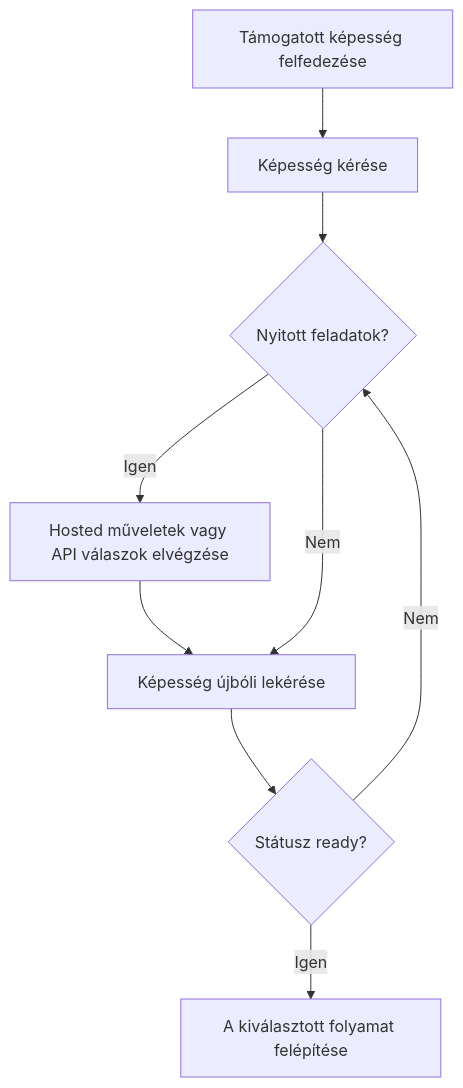
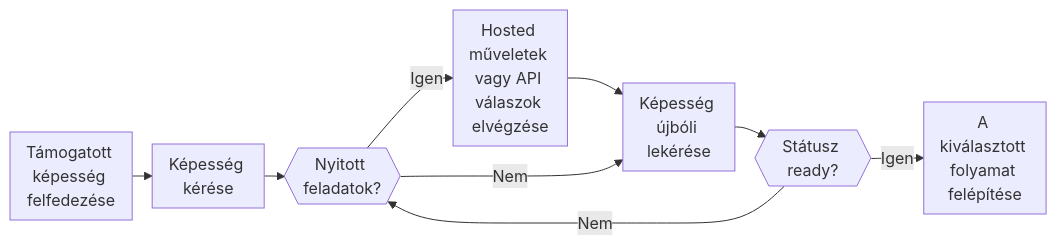
The diagram in hu/integration/onboarding/capabilities-and-requirements.mdx (swipelux/public-docs), drawn with Mermaid before and after one commit. The commit also changed 199 other files, not shown here.

````diff
--- a/hu/integration/onboarding/capabilities-and-requirements.mdx
+++ b/hu/integration/onboarding/capabilities-and-requirements.mdx
@@ -8,11 +8,12 @@
 ```mermaid
-flowchart TD
+%%{init: {"flowchart": {"rankSpacing": 20, "nodeSpacing": 16, "wrappingWidth": 80, "padding": 8}}}%%
+flowchart LR
   A["Támogatott képesség felfedezése"] --> B["Képesség kérése"]
-  B --> C{"Nyitott feladatok?"}
+  B --> C{{"Nyitott feladatok?"}}
   C -->|"Igen"| D["Hosted műveletek vagy API válaszok elvégzése"]
   D --> E["Képesség újbóli lekérése"]
   C -->|"Nem"| E
-  E --> F{"Státusz ready?"}
+  E --> F{{"Státusz ready?"}}
   F -->|"Nem"| C
   F -->|"Igen"| G["A kiválasztott folyamat felépítése"]
 ```
````
